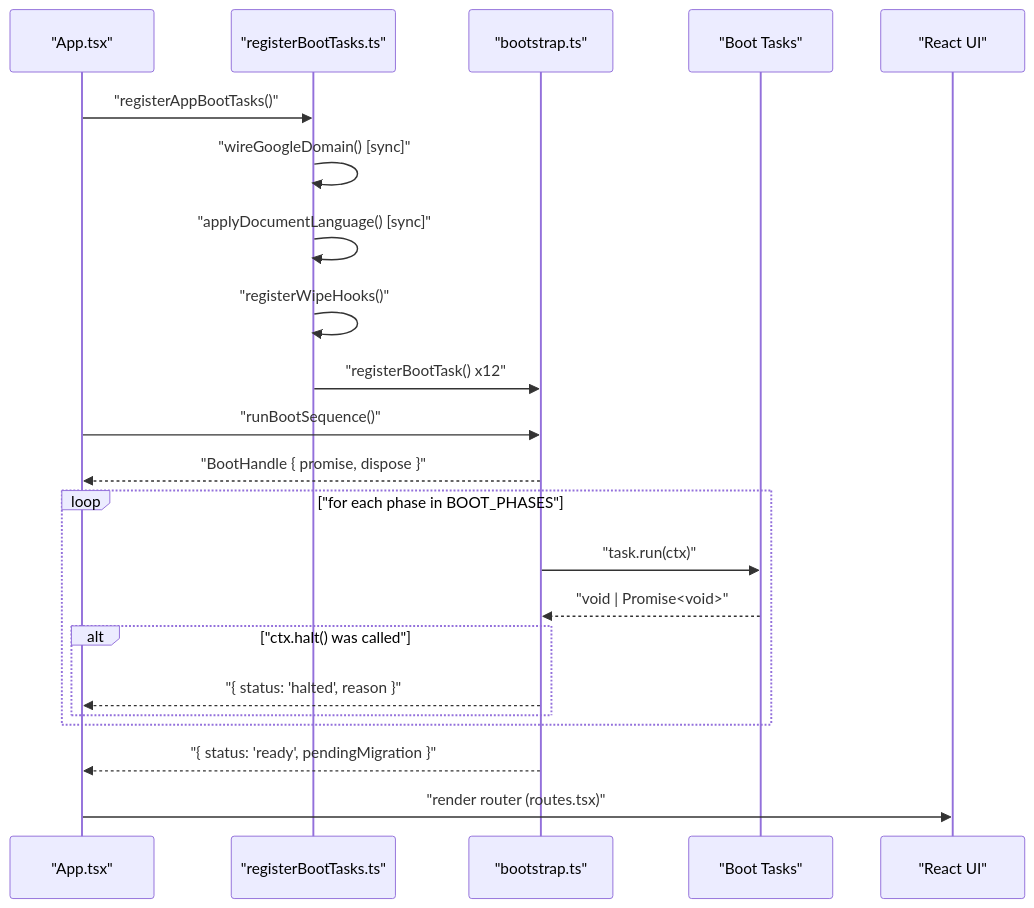
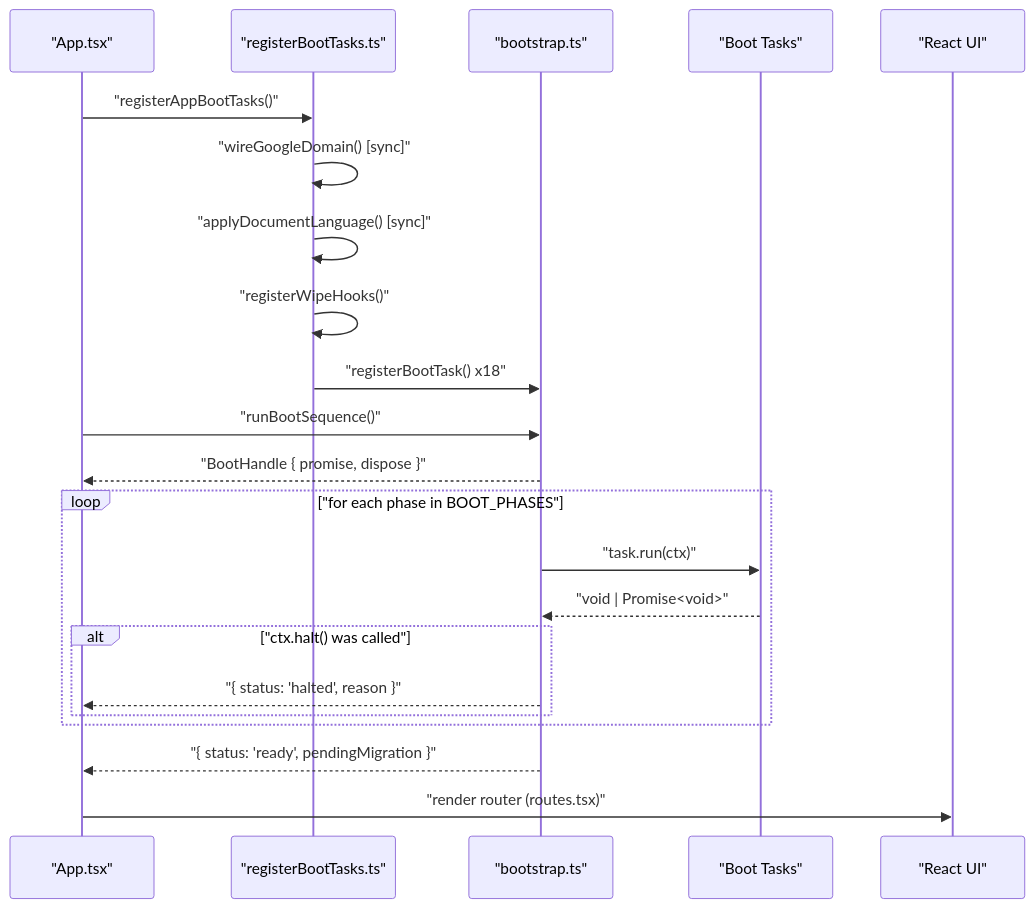
The second of 6 diagrams in docs/comprehensive/50-composition-root.md (vrwarp/versicle), drawn with Mermaid before and after one commit. The commit also changed other lines of this file and 17 other files, not shown here.

````diff
--- a/docs/comprehensive/50-composition-root.md
+++ b/docs/comprehensive/50-composition-root.md
@@ -148,27 +154,27 @@
 ```mermaid
 sequenceDiagram
     participant App as "App.tsx"
     participant Manifest as "registerBootTasks.ts"
     participant Boot as "bootstrap.ts"
     participant Tasks as "Boot Tasks"
     participant UI as "React UI"
 
     App->>Manifest: "registerAppBootTasks()"
     Manifest->>Manifest: "wireGoogleDomain() [sync]"
     Manifest->>Manifest: "applyDocumentLanguage() [sync]"
     Manifest->>Manifest: "registerWipeHooks()"
-    Manifest->>Boot: "registerBootTask() x12"
+    Manifest->>Boot: "registerBootTask() x18"
     App->>Boot: "runBootSequence()"
     Boot-->>App: "BootHandle { promise, dispose }"
 
     loop "for each phase in BOOT_PHASES"
         Boot->>Tasks: "task.run(ctx)"
         Tasks-->>Boot: "void | Promise<void>"
         alt "ctx.halt() was called"
             Boot-->>App: "{ status: 'halted', reason }"
         end
     end
 
     Boot-->>App: "{ status: 'ready', pendingMigration }"
     App->>UI: "render router (routes.tsx)"
 ```
````
